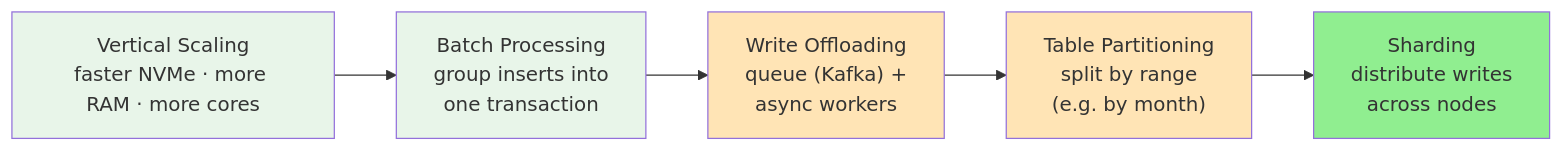
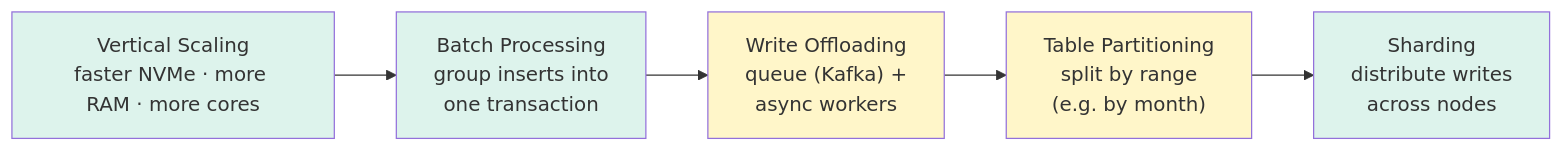
Before and after one commit to cartmancodes/InterviewVault: the second of 5 diagrams in LLD/SystemDesign/DeepDives/Postgresql.md, drawn with Mermaid. The commit also changed other lines of this file and 679 other files, not shown here.

Commit message:
Unify content diagrams and add accessible visual walkthroughs

````diff
--- a/LLD/SystemDesign/DeepDives/Postgresql.md
+++ b/LLD/SystemDesign/DeepDives/Postgresql.md
@@ -311,13 +311,13 @@
 ```mermaid
 graph LR
     V["Vertical Scaling<br/>faster NVMe · more RAM · more cores"] --> BA["Batch Processing<br/>group inserts into<br/>one transaction"]
     BA --> WO["Write Offloading<br/>queue (Kafka) +<br/>async workers"]
     WO --> PA["Table Partitioning<br/>split by range<br/>(e.g. by month)"]
     PA --> SH["Sharding<br/>distribute writes<br/>across nodes"]
 
-    style V fill:#e8f5e9
-    style BA fill:#e8f5e9
-    style WO fill:#FFE4B5
-    style PA fill:#FFE4B5
-    style SH fill:#90EE90
+    style V fill:#DDF3EC
+    style BA fill:#DDF3EC
+    style WO fill:#FFF6C9
+    style PA fill:#FFF6C9
+    style SH fill:#DDF3EC
 ```
````
